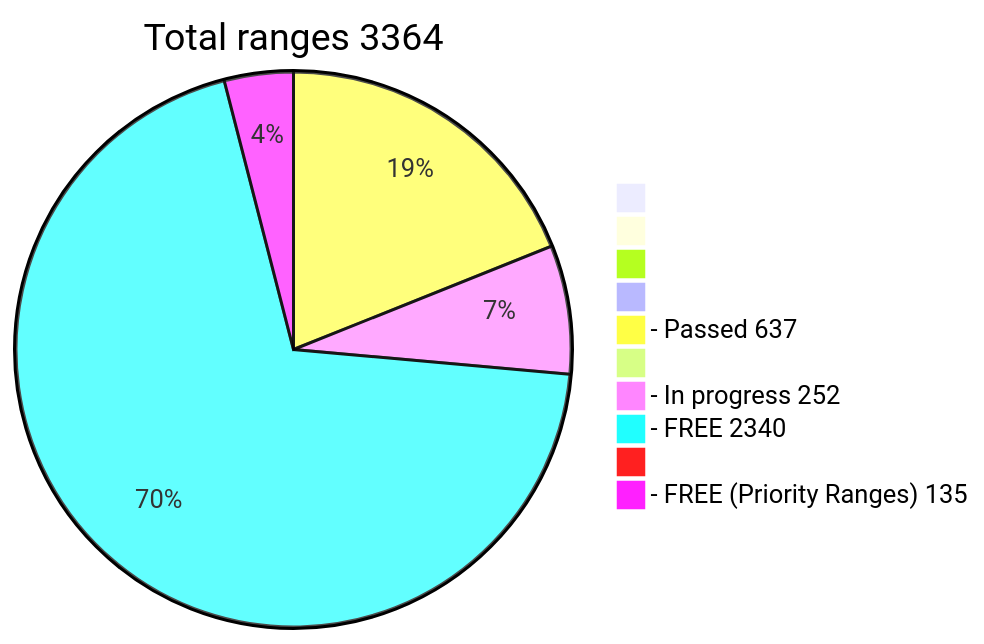
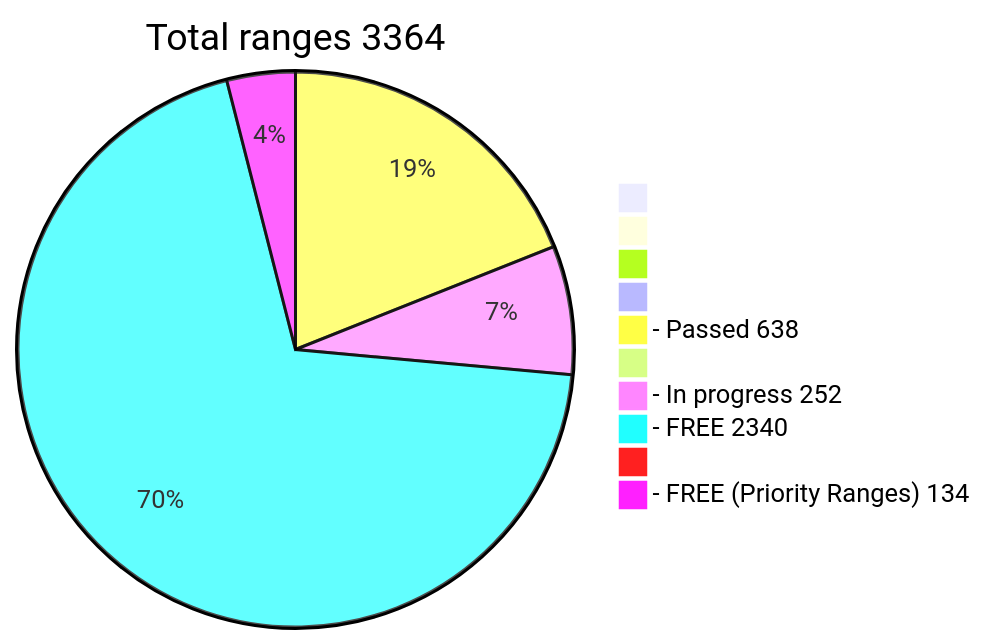
The diagram in README.md (phrutis/wif500), drawn with Mermaid before and after one commit.

````diff
--- a/README.md
+++ b/README.md
@@ -16,13 +16,13 @@
 ```mermaid
 pie title Total ranges 3364
              " " : 0
             "  " : 0
            "   " : 0
           "    " : 0
-  "- Passed 637" : 637
+  "- Passed 638" : 638
          "     " : 0
   "- In progress 252" : 252
    "- FREE 2340" : 2340
         "      " : 0
-  "- FREE (Priority Ranges) 135" : 135
+  "- FREE (Priority Ranges) 134" : 134
 ```
````
